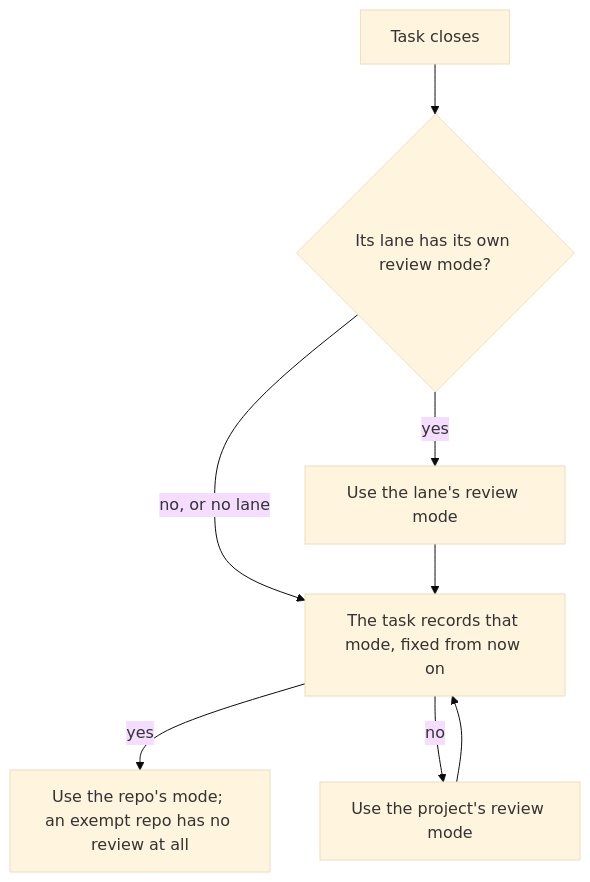
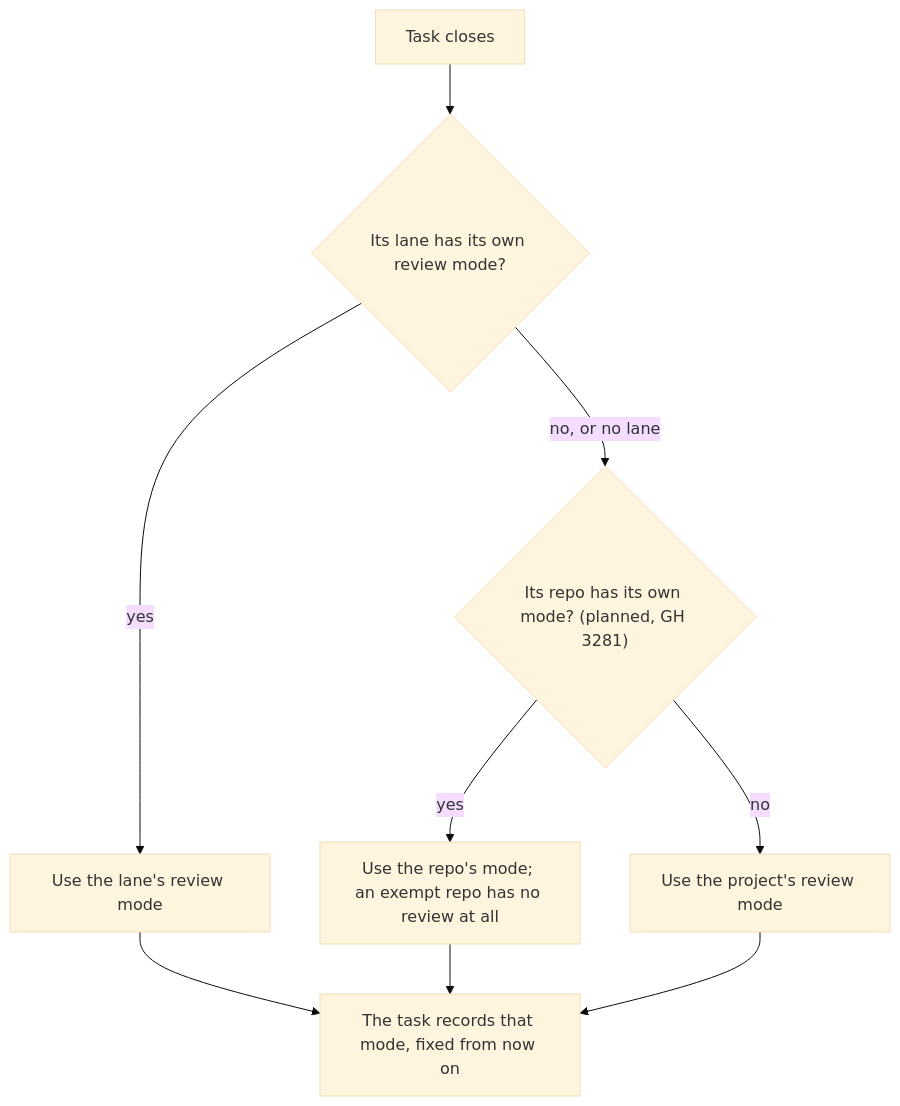
Before and after one commit to trustmybot/plugin: the first of 8 diagrams in docs/architecture/AGILE.md, drawn with Mermaid (base theme). The commit also changed other lines of this file and 4 other files, not shown here.

````diff
--- a/docs/architecture/AGILE.md
+++ b/docs/architecture/AGILE.md
@@ -22,10 +22,11 @@
 ```mermaid
 flowchart TD
     A[Task closes] --> B{Its lane has its own review mode?}
     B -- yes --> L[Use the lane's review mode]
     B -- no, or no lane --> R{"Its repo has its own mode? (planned, GH 3281)"}
     R -- yes --> RM[Use the repo's mode; an exempt repo has no review at all]
     R -- no --> P[Use the project's review mode]
-    L --> R[The task records that mode, fixed from now on]
-    P --> R
+    L --> T[The task records that mode, fixed from now on]
+    RM --> T
+    P --> T
 ```
````
